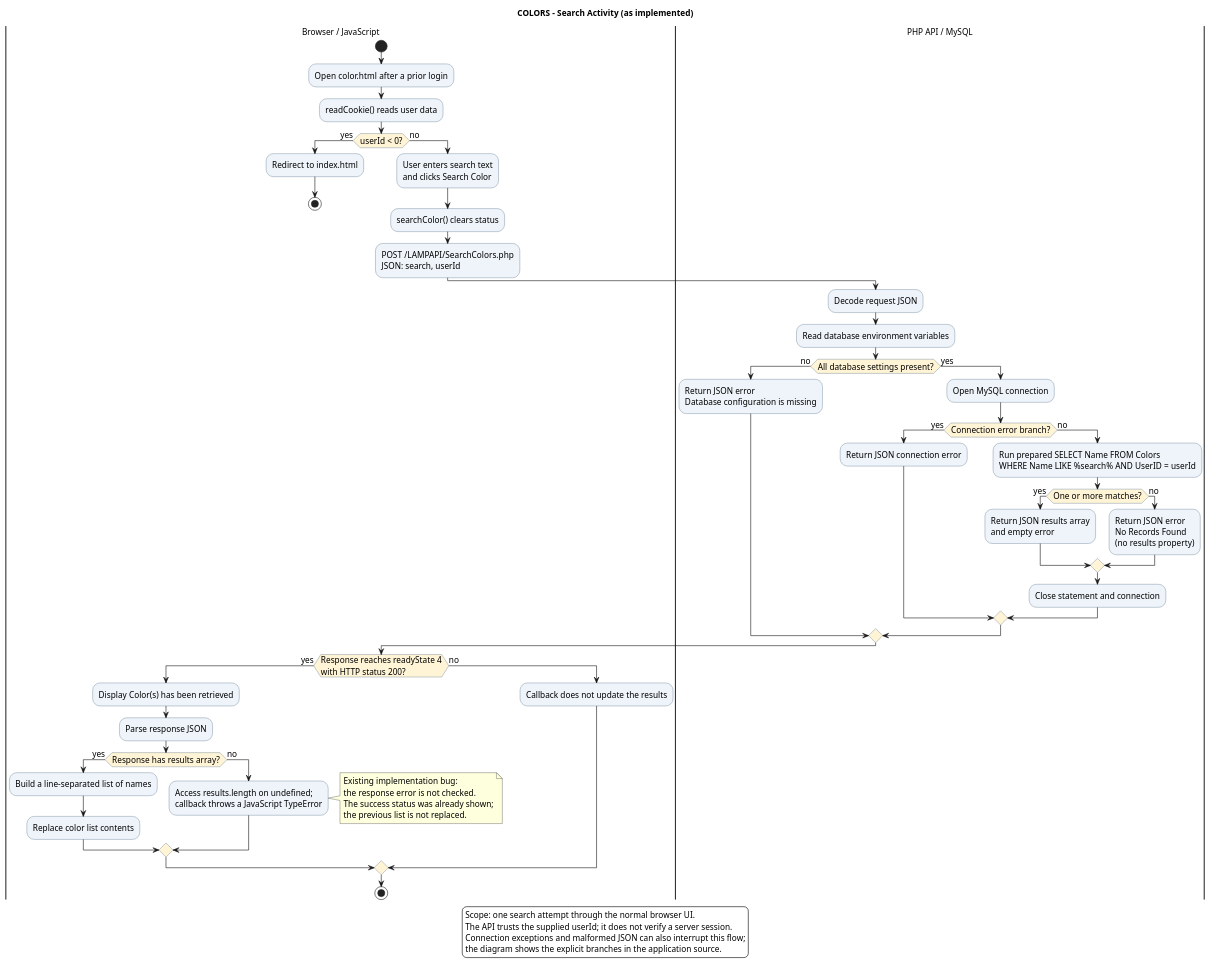
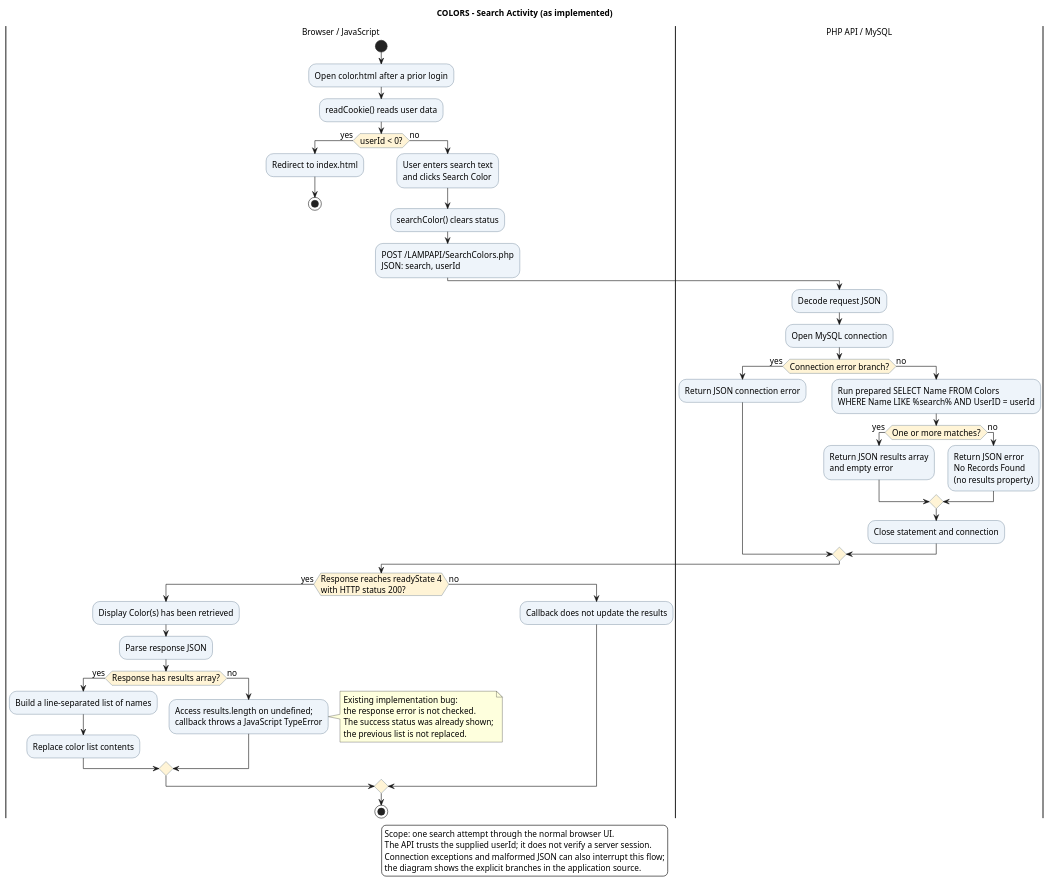
Before and after one commit to ccavee/colors-lamp: the diagram in docs/uml/activity.puml, drawn with PlantUML. The commit also changed 7 other files, not shown here.

Commit message:
Restore lab database connection format and align UML activity

```diff
--- a/docs/uml/activity.puml
+++ b/docs/uml/activity.puml
@@ -1,73 +1,68 @@
 @startuml
 skinparam backgroundColor white
 skinparam shadowing false
 skinparam defaultFontName SansSerif
 skinparam defaultFontSize 14
 skinparam activity {
   BackgroundColor #EEF4FA
   BorderColor #35536F
   DiamondBackgroundColor #FFF4D6
 }
 title COLORS - Search Activity (as implemented)
 
 |Browser / JavaScript|
 start
 :Open color.html after a prior login;
 :readCookie() reads user data;
 if (userId < 0?) then (yes)
   :Redirect to index.html;
   stop
 else (no)
   :User enters search text\nand clicks Search Color;
   :searchColor() clears status;
   :POST /LAMPAPI/SearchColors.php\nJSON: search, userId;
 endif
 
 |PHP API / MySQL|
 :Decode request JSON;
-:Read database environment variables;
-if (All database settings present?) then (no)
-  :Return JSON error\nDatabase configuration is missing;
-else (yes)
-  :Open MySQL connection;
-  if (Connection error branch?) then (yes)
-    :Return JSON connection error;
+:Open MySQL connection;
+if (Connection error branch?) then (yes)
+  :Return JSON connection error;
+else (no)
+  :Run prepared SELECT Name FROM Colors\nWHERE Name LIKE %search% AND UserID = userId;
+  if (One or more matches?) then (yes)
+    :Return JSON results array\nand empty error;
   else (no)
-    :Run prepared SELECT Name FROM Colors\nWHERE Name LIKE %search% AND UserID = userId;
-    if (One or more matches?) then (yes)
-      :Return JSON results array\nand empty error;
-    else (no)
-      :Return JSON error\nNo Records Found\n(no results property);
-    endif
-    :Close statement and connection;
+    :Return JSON error\nNo Records Found\n(no results property);
   endif
+  :Close statement and connection;
 endif
 
 |Browser / JavaScript|
 if (Response reaches readyState 4\nwith HTTP status 200?) then (yes)
   :Display Color(s) has been retrieved;
   :Parse response JSON;
   if (Response has results array?) then (yes)
     :Build a line-separated list of names;
     :Replace color list contents;
   else (no)
     :Access results.length on undefined;\ncallback throws a JavaScript TypeError;
     note right
       Existing implementation bug:
       the response error is not checked.
       The success status was already shown;
       the previous list is not replaced.
     end note
   endif
 else (no)
   :Callback does not update the results;
 endif
 stop
 
 legend bottom
   Scope: one search attempt through the normal browser UI.
   The API trusts the supplied userId; it does not verify a server session.
   Connection exceptions and malformed JSON can also interrupt this flow;
   the diagram shows the explicit branches in the application source.
 endlegend
 @enduml
```
